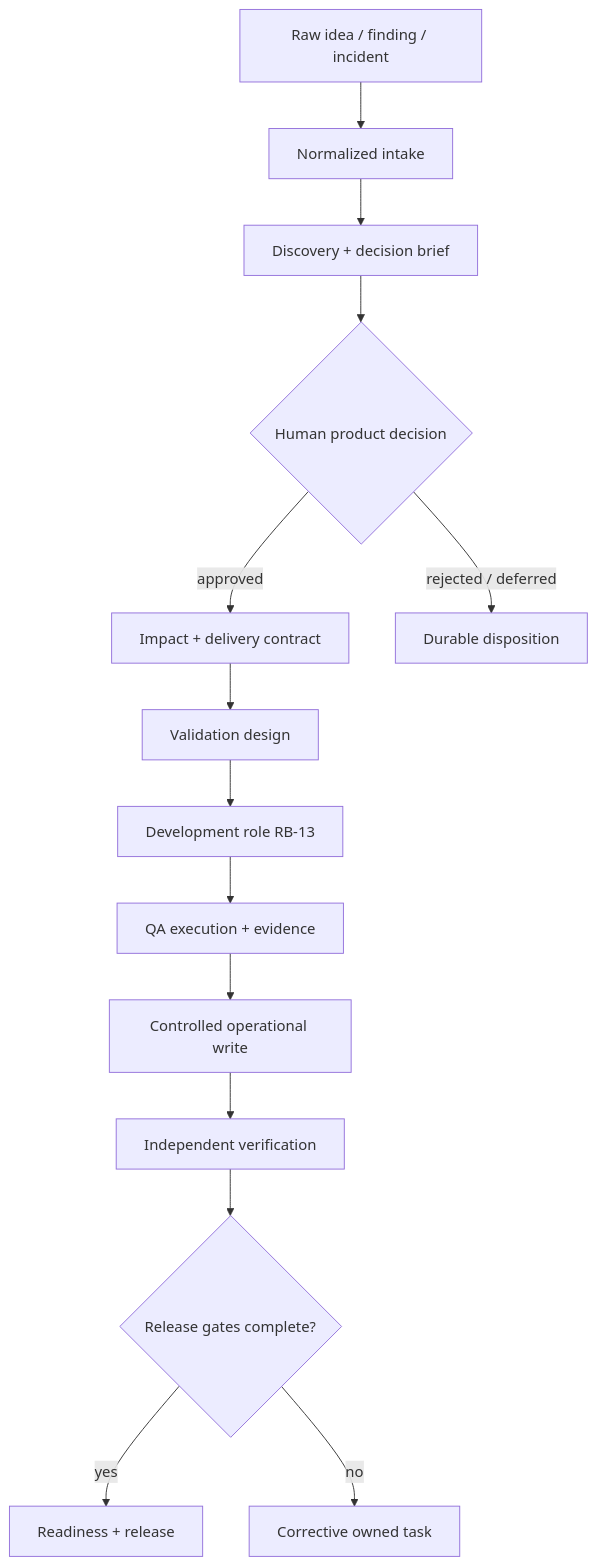
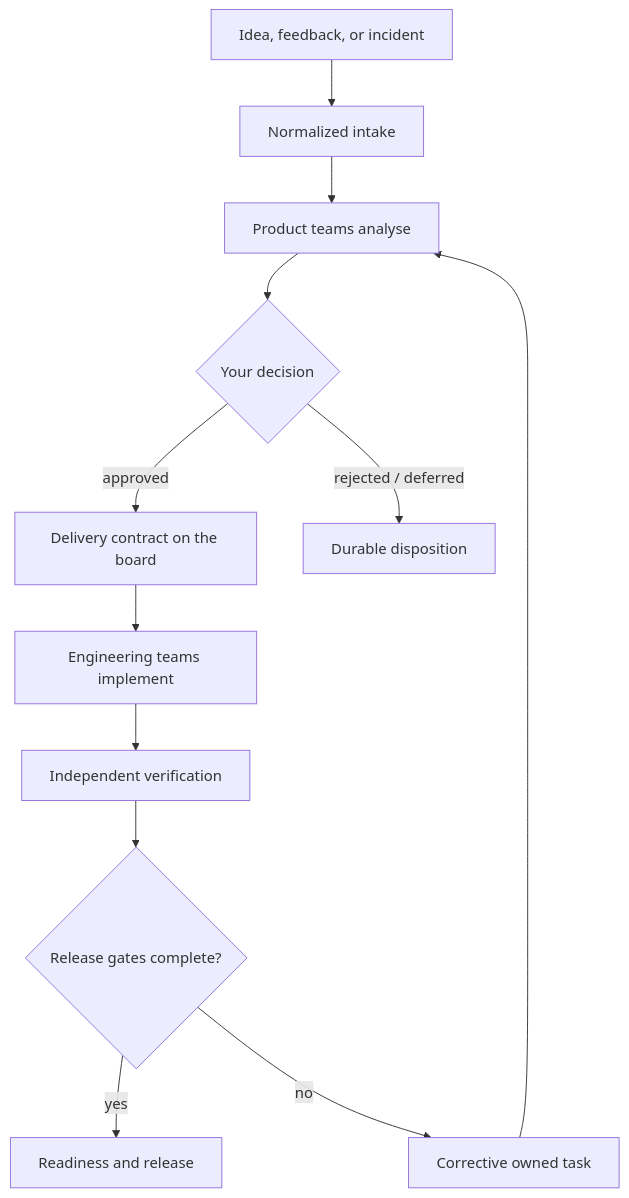
Before and after one commit to sedwna/open-product-operations-os: the diagram in START-HERE.md, drawn with Mermaid. The commit also changed other lines of this file and 28 other files, not shown here.

````diff
--- a/START-HERE.md
+++ b/START-HERE.md
@@ -61,16 +83,14 @@
 ```mermaid
 flowchart TD
-    A[Raw idea / finding / incident] --> B[Normalized intake]
-    B --> C[Discovery + decision brief]
-    C --> D{Human product decision}
-    D -- approved --> E[Impact + delivery contract]
+    A[Idea, feedback, or incident] --> B[Normalized intake]
+    B --> C[Product teams analyse]
+    C --> D{Your decision}
+    D -- approved --> E[Delivery contract on the board]
     D -- rejected / deferred --> Z[Durable disposition]
-    E --> F[Validation design]
-    F --> G[Development role RB-13]
-    G --> H[QA execution + evidence]
-    H --> I[Controlled operational write]
-    I --> J[Independent verification]
-    J --> K{Release gates complete?}
-    K -- yes --> L[Readiness + release]
-    K -- no --> M[Corrective owned task]
+    E --> F[Engineering teams implement]
+    F --> G[Independent verification]
+    G --> H{Release gates complete?}
+    H -- yes --> I[Readiness and release]
+    H -- no --> J[Corrective owned task]
+    J --> C
 ```
````
